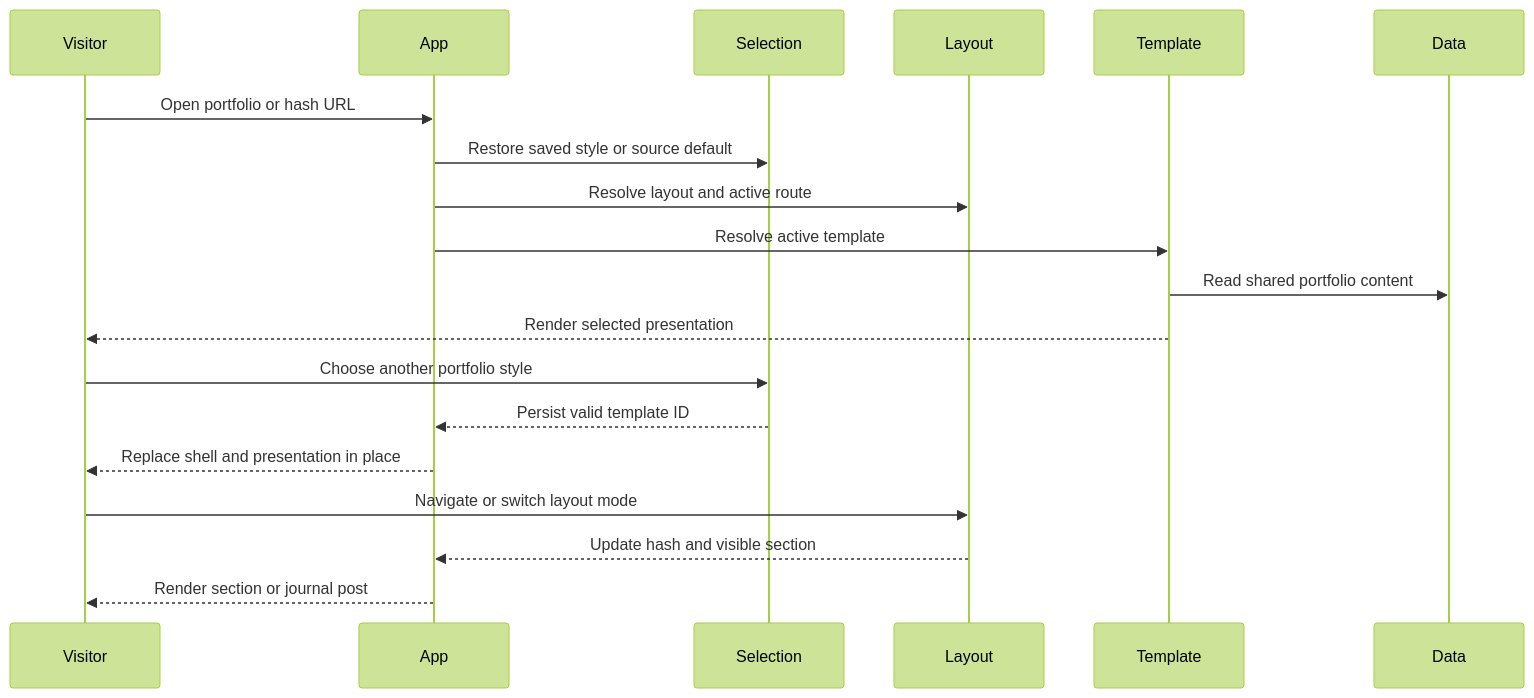
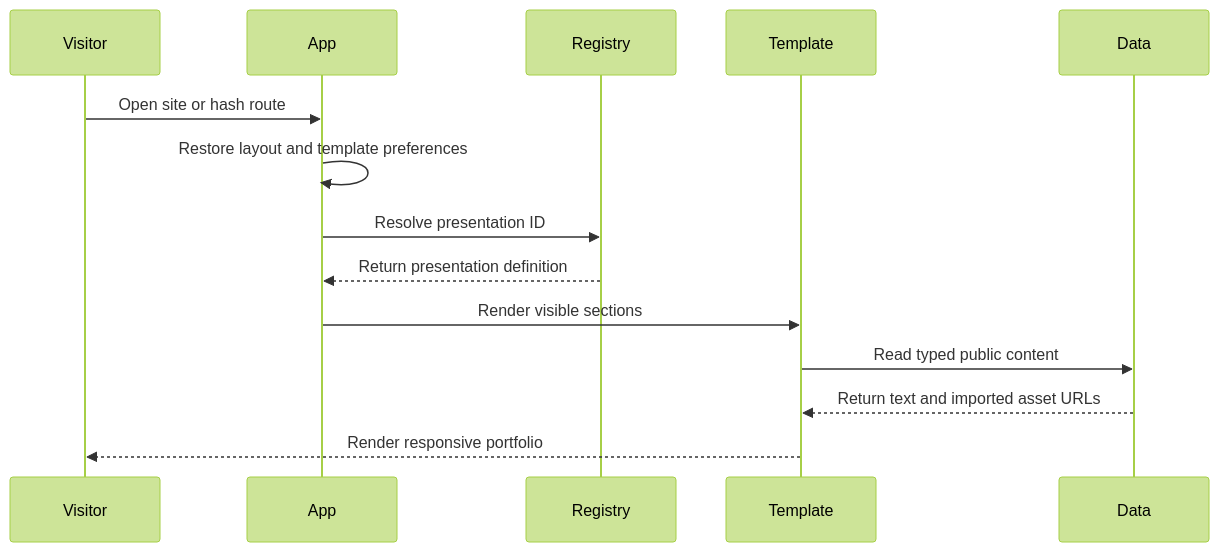
Before and after one commit to ngtuangialinh-del/ngtuangialinh.github.io: the third of 3 diagrams in aidlc-docs/inception/reverse-engineering/architecture.md, drawn with Mermaid (forest theme). The commit also changed other lines of this file and 268 other files, not shown here.

````diff
--- a/aidlc-docs/inception/reverse-engineering/architecture.md
+++ b/aidlc-docs/inception/reverse-engineering/architecture.md
@@ -109,22 +123,17 @@
 ```mermaid
 sequenceDiagram
     participant Visitor
     participant App
-    participant Selection
-    participant Layout
+    participant Registry
     participant Template
     participant Data
 
-    Visitor->>App: Open portfolio or hash URL
-    App->>Selection: Restore saved style or source default
-    App->>Layout: Resolve layout and active route
-    App->>Template: Resolve active template
-    Template->>Data: Read shared portfolio content
-    Template-->>Visitor: Render selected presentation
-    Visitor->>Selection: Choose another portfolio style
-    Selection-->>App: Persist valid template ID
-    App-->>Visitor: Replace shell and presentation in place
-    Visitor->>Layout: Navigate or switch layout mode
-    Layout-->>App: Update hash and visible section
-    App-->>Visitor: Render section or journal post
+    Visitor->>App: Open site or hash route
+    App->>App: Restore layout and template preferences
+    App->>Registry: Resolve presentation ID
+    Registry-->>App: Return presentation definition
+    App->>Template: Render visible sections
+    Template->>Data: Read typed public content
+    Data-->>Template: Return text and imported asset URLs
+    Template-->>Visitor: Render responsive portfolio
 ```
````
